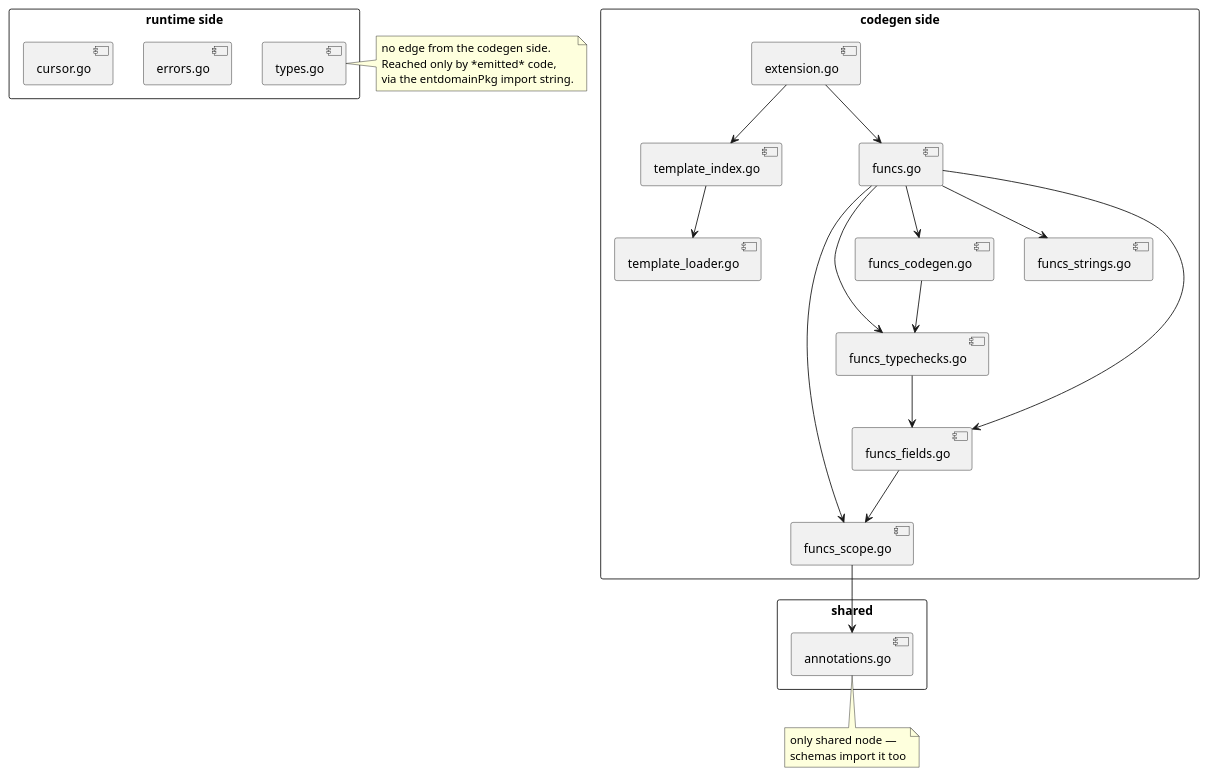
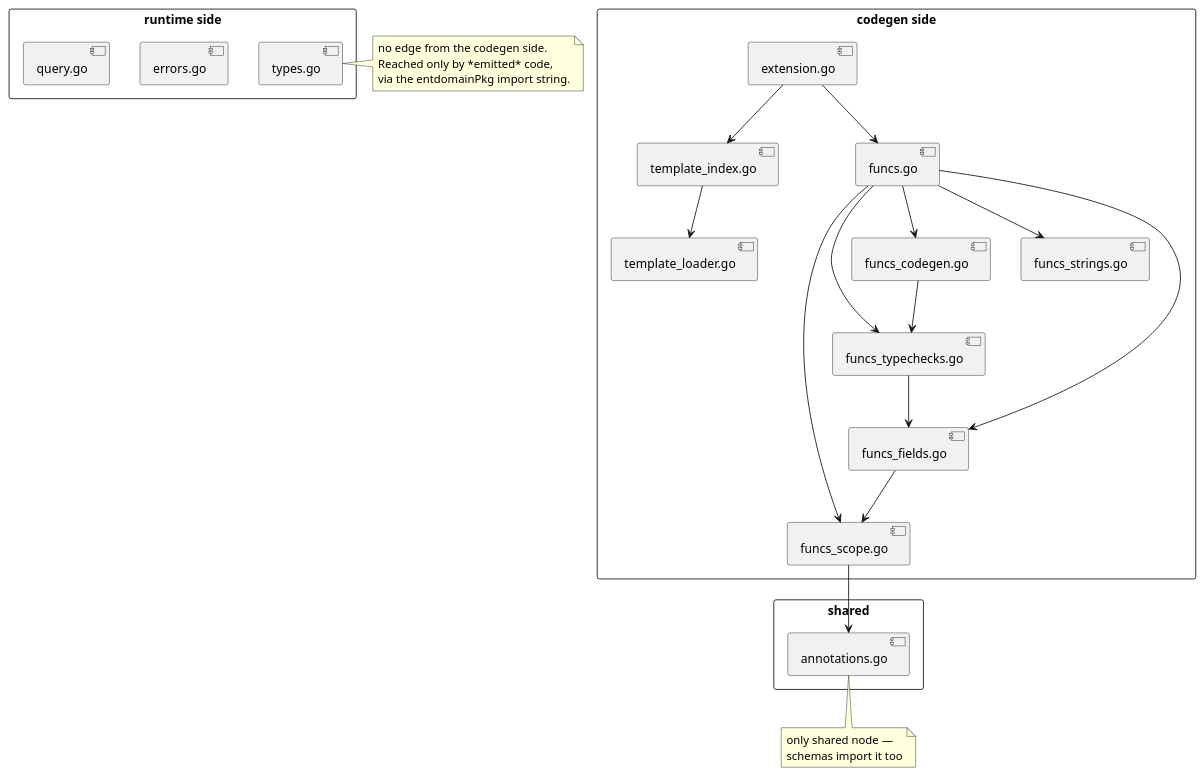
Before and after one commit to githonllc/entapi: the second of 5 diagrams in ARCHITECTURE.md, drawn with PlantUML. The commit also changed other lines of this file and 30 other files, not shown here.

````diff
--- a/ARCHITECTURE.md
+++ b/ARCHITECTURE.md
@@ -86,38 +86,38 @@
 ```plantuml
 @startuml
 skinparam packageStyle rectangle
 package "codegen side" {
   [extension.go] as EXT
   [template_index.go] as IDX
   [template_loader.go] as LOAD
   [funcs.go] as F
   [funcs_fields.go] as FF
   [funcs_scope.go] as FS
   [funcs_typechecks.go] as FT
   [funcs_codegen.go] as FC
   [funcs_strings.go] as FSTR
 }
 package "shared" {
   [annotations.go] as ANN
 }
 package "runtime side" {
   [types.go] as T
   [errors.go] as E
-  [cursor.go] as C
+  [query.go] as C
 }
 EXT --> IDX
 EXT --> F
 IDX --> LOAD
 F --> FF
 F --> FS
 F --> FT
 F --> FC
 F --> FSTR
 FF --> FS
 FT --> FF
 FC --> FT
 FS --> ANN
 note bottom of ANN : only shared node —\nschemas import it too
 note right of T : no edge from the codegen side.\nReached only by *emitted* code,\nvia the entdomainPkg import string.
 @enduml
 ```
````
